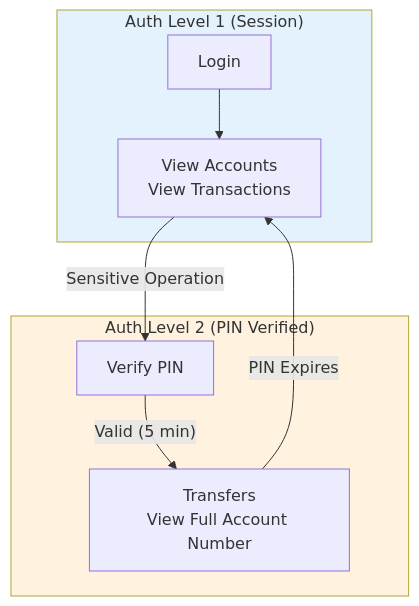
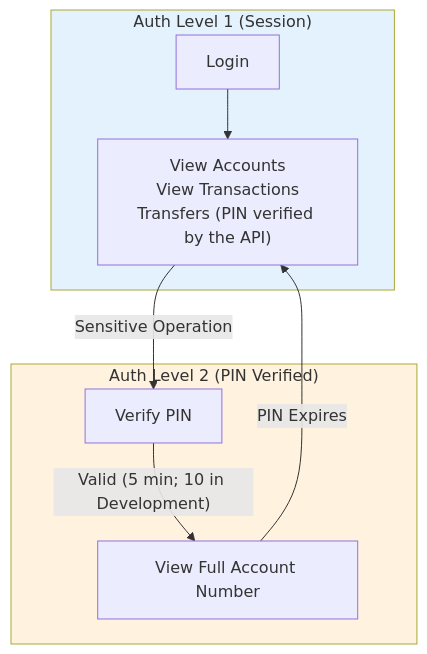
The third of 3 diagrams in backend/src/AzureBank.Bff/README.md (Gurgant/azurebank-v2), drawn with Mermaid before and after one commit. The commit also changed other lines of this file and 16 other files, not shown here.

````diff
--- a/backend/src/AzureBank.Bff/README.md
+++ b/backend/src/AzureBank.Bff/README.md
@@ -95,20 +95,20 @@
 ```mermaid
 flowchart TB
     subgraph AuthLevel1["Auth Level 1 (Session)"]
         Login["Login"]
-        BasicOps["View Accounts<br/>View Transactions"]
+        BasicOps["View Accounts<br/>View Transactions<br/>Transfers (PIN verified by the API)"]
     end
 
     subgraph AuthLevel2["Auth Level 2 (PIN Verified)"]
         PIN["Verify PIN"]
-        SensitiveOps["Transfers<br/>View Full Account Number"]
+        SensitiveOps["View Full Account Number"]
     end
 
     Login --> BasicOps
     BasicOps -->|"Sensitive Operation"| PIN
-    PIN -->|"Valid (5 min)"| SensitiveOps
+    PIN -->|"Valid (5 min; 10 in Development)"| SensitiveOps
     SensitiveOps -->|"PIN Expires"| BasicOps
 
     style AuthLevel1 fill:#e3f2fd
     style AuthLevel2 fill:#fff3e0
 ```
````
